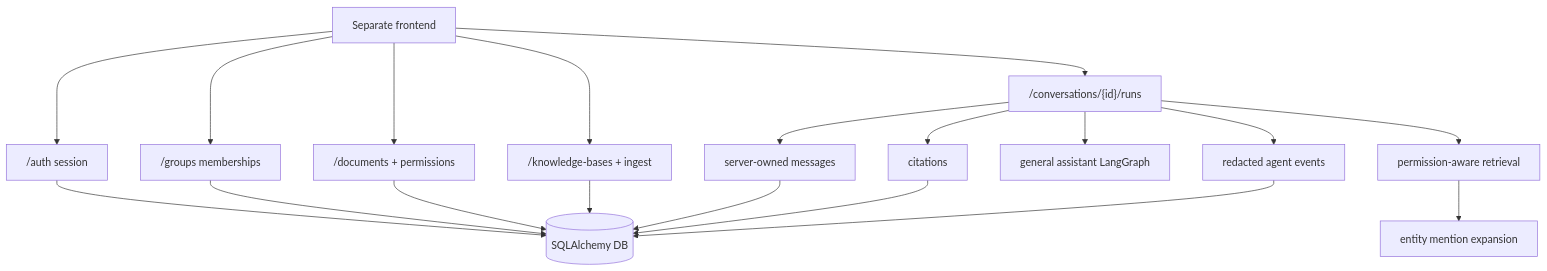
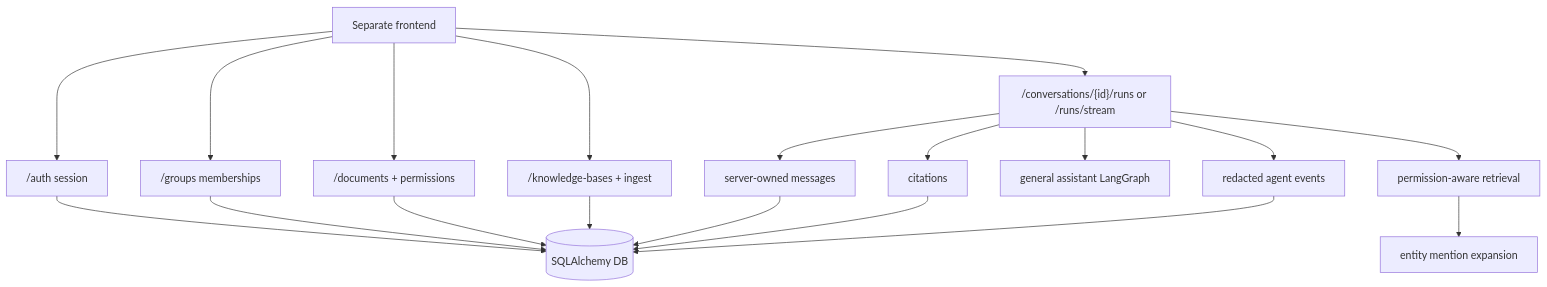
The second of 4 diagrams in README.en.md (heecheon92/my-agents), drawn with Mermaid before and after one commit. The commit also changed other lines of this file and 7 other files, not shown here.

First line of the commit message:
Make conversation runs streamable for frontend progress

````diff
--- a/README.en.md
+++ b/README.en.md
@@ -82,21 +82,21 @@
 ```mermaid
 flowchart TD
     Frontend["Separate frontend"] --> Auth["/auth session"]
     Frontend --> Groups["/groups memberships"]
     Frontend --> Docs["/documents + permissions"]
     Frontend --> KB["/knowledge-bases + ingest"]
-    Frontend --> Runs["/conversations/{id}/runs"]
+    Frontend --> Runs["/conversations/{id}/runs or /runs/stream"]
     Runs --> History["server-owned messages"]
     Runs --> Retrieval["permission-aware retrieval"]
     Retrieval --> GraphExpand["entity mention expansion"]
     Runs --> Assistant["general assistant LangGraph"]
     Runs --> Citations["citations"]
     Runs --> Events["redacted agent events"]
     Auth --> DB[("SQLAlchemy DB")]
     Groups --> DB
     Docs --> DB
     KB --> DB
     History --> DB
     Citations --> DB
     Events --> DB
 ```
````
